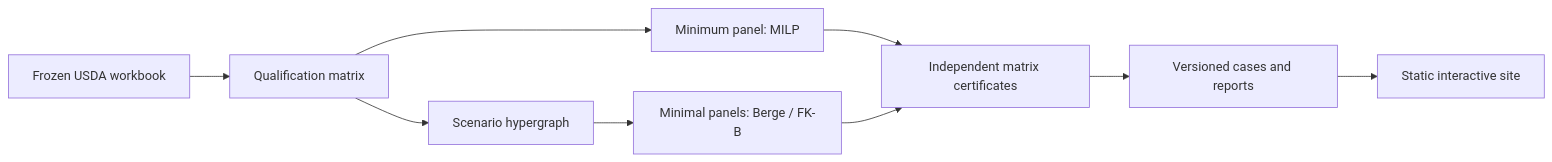
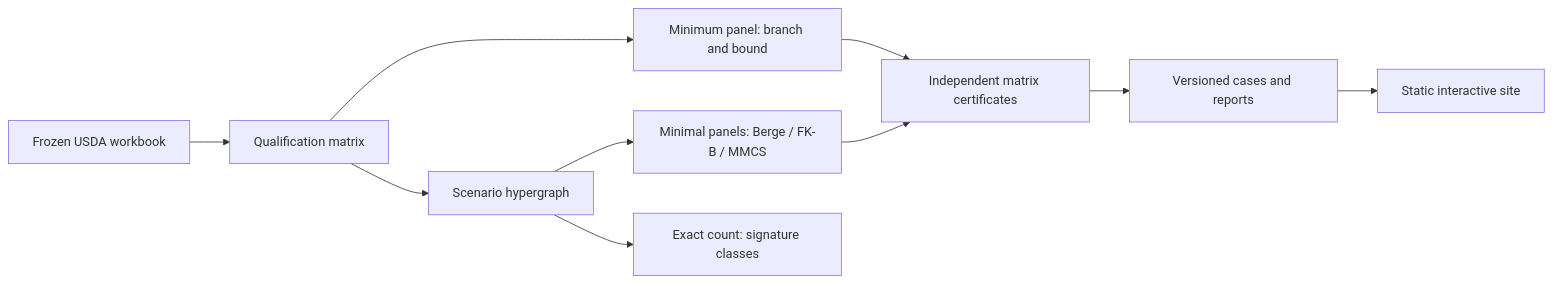
The diagram in README.md (symonyeal/Resilient-Supplier-Panels), drawn with Mermaid before and after one commit. The commit also changed other lines of this file and 55 other files, not shown here.

````diff
--- a/README.md
+++ b/README.md
@@ -103,11 +107,12 @@
 ```mermaid
 flowchart LR
     A[Frozen USDA workbook] --> B[Qualification matrix]
-    B --> C[Minimum panel: MILP]
+    B --> C[Minimum panel: branch and bound]
     B --> D[Scenario hypergraph]
-    D --> E[Minimal panels: Berge / FK-B]
+    D --> E[Minimal panels: Berge / FK-B / MMCS]
+    D --> Q[Exact count: signature classes]
     C --> F[Independent matrix certificates]
     E --> F
     F --> G[Versioned cases and reports]
     G --> H[Static interactive site]
 ```
````
